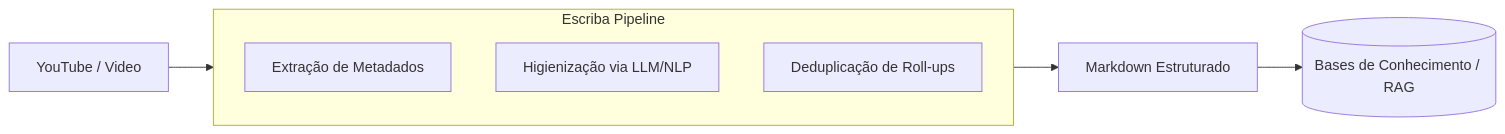
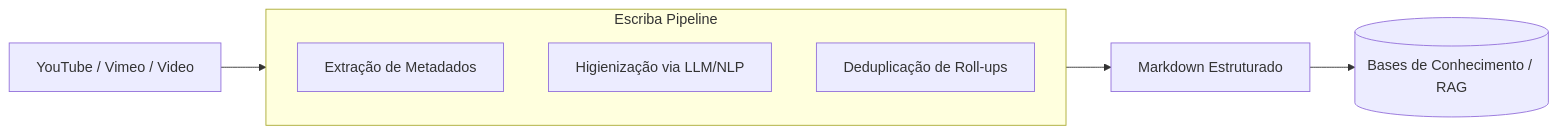
One commit to Jandir/escriba changed the diagram in README.md. Above: the diagram before and after it, drawn with Mermaid. The commit also changed other lines of this file and 4 other files, not shown here.

````diff
--- a/README.md
+++ b/README.md
@@ -53,11 +53,11 @@
 ```mermaid
 graph LR
-    A[YouTube / Video] --> B{Processamento}
+    A[YouTube / Vimeo / Video] --> B{Processamento}
     subgraph B [Escriba Pipeline]
         B1[Extração de Metadados]
         B2[Higienização via LLM/NLP]
         B3[Deduplicação de Roll-ups]
     end
     B --> C[Markdown Estruturado]
     C --> D[(Bases de Conhecimento / RAG)]
 ```
````
